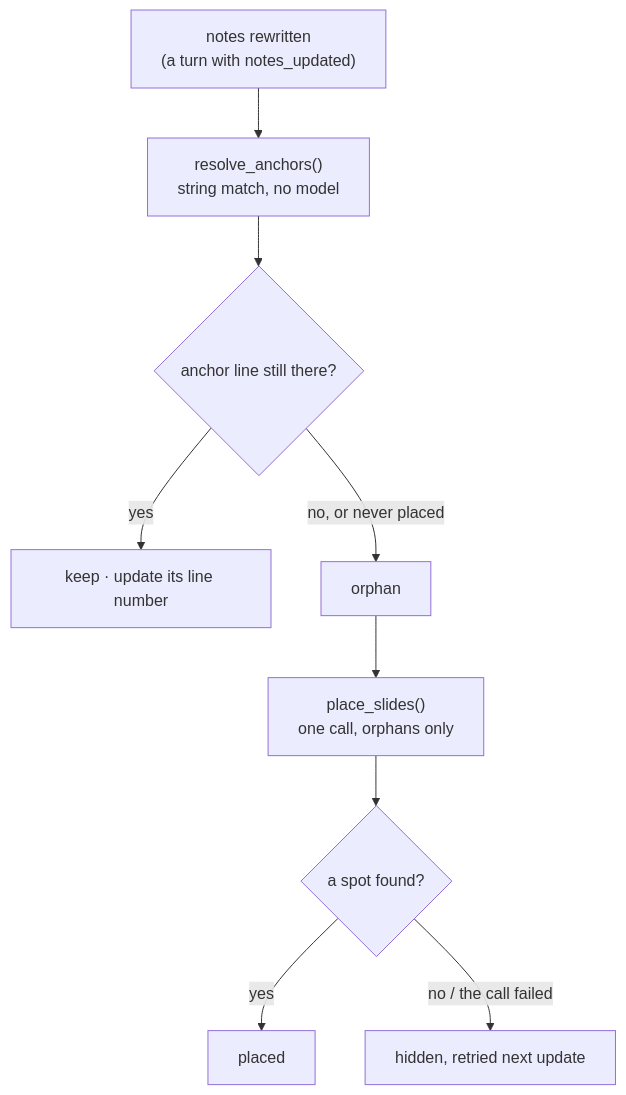
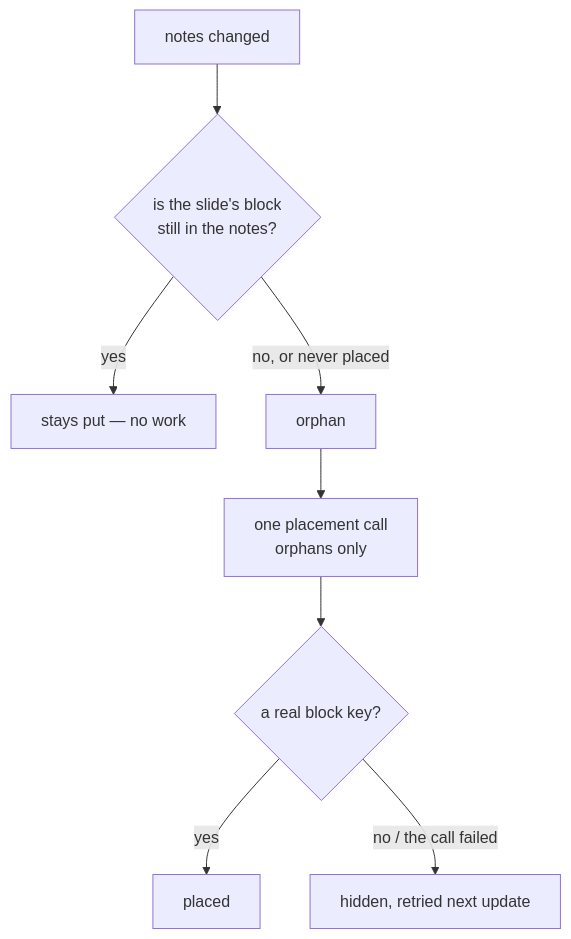
Before and after one commit to karlwehbe/Veda: the third of 3 diagrams in docs/slides/README.md, drawn with Mermaid. The commit also changed other lines of this file, not shown here.

Commit message:
Slides doc: slides now follow a notes block

````diff
--- a/docs/slides/README.md
+++ b/docs/slides/README.md
@@ -93,11 +94,10 @@
 ```mermaid
 flowchart TD
-  R["notes rewritten<br/>(a turn with notes_updated)"] --> A["resolve_anchors()<br/>string match, no model"]
-  A --> K{"anchor line still there?"}
-  K -->|yes| KEEP["keep · update its line number"]
-  K -->|no, or never placed| O["orphan"]
-  O --> P["place_slides()<br/>one call, orphans only"]
-  P --> V{"a spot found?"}
+  R["notes changed"] --> K{"is the slide's block<br/>still in the notes?"}
+  K -->|yes| KEEP["stays put — no work"]
+  K -->|"no, or never placed"| O["orphan"]
+  O --> P["one placement call<br/>orphans only"]
+  P --> V{"a real block key?"}
   V -->|yes| PLACED["placed"]
-  V -->|no / the call failed| HID["hidden, retried next update"]
+  V -->|"no / the call failed"| HID["hidden, retried next update"]
 ```
````
